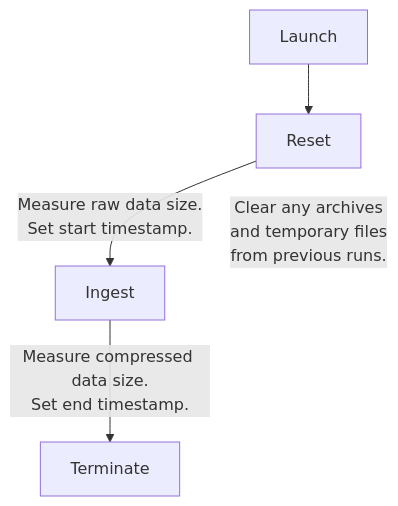
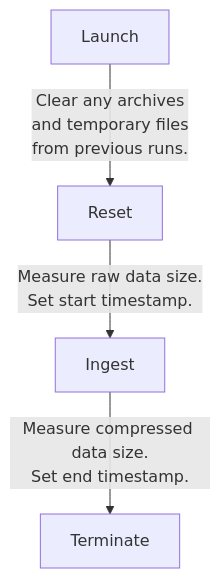
The first of 2 diagrams in docs/methodology.md (anlowee/clp-bench), drawn with Mermaid before and after one commit.

Commit message:
:lipstick: fixed the mermaid issue

````diff
--- a/docs/methodology.md
+++ b/docs/methodology.md
@@ -43,7 +43,6 @@
 ```mermaid
 flowchart TD
-    Launch --> Reset
+    Launch --> |Clear any archives <br>and temporary files<br> from previous runs.| Reset
     Reset -->|Measure raw data size.<br>Set start timestamp.| Ingest
-    Reset ~~~|Clear any archives <br>and temporary files<br> from previous runs.| Reset
     Ingest -->|Measure compressed data size.<br>Set end timestamp.| Terminate
 ```
````
